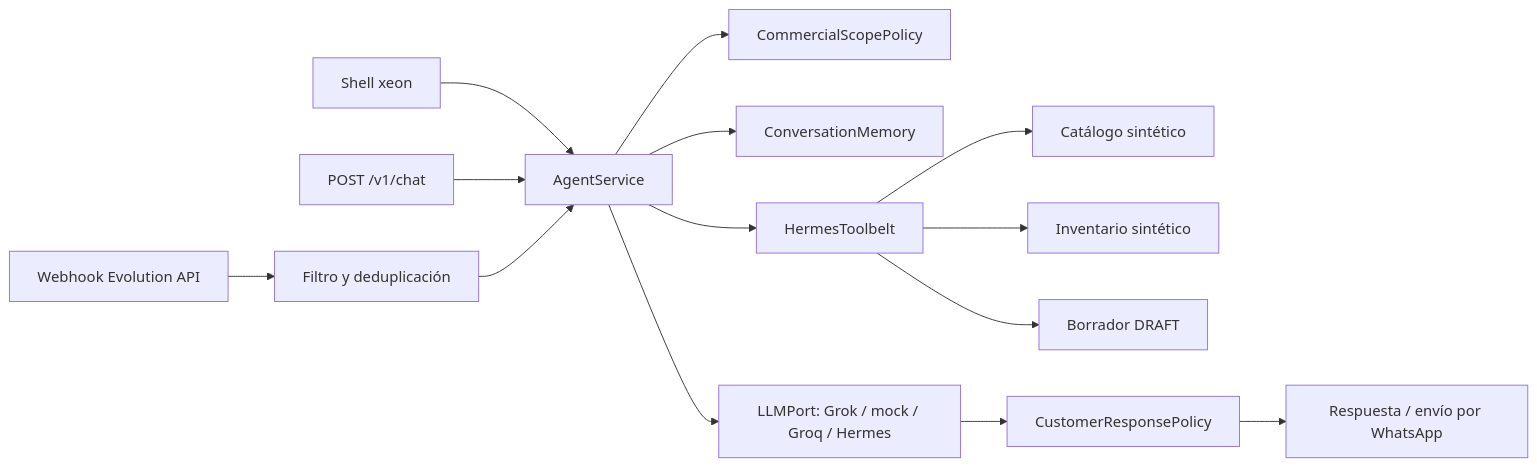
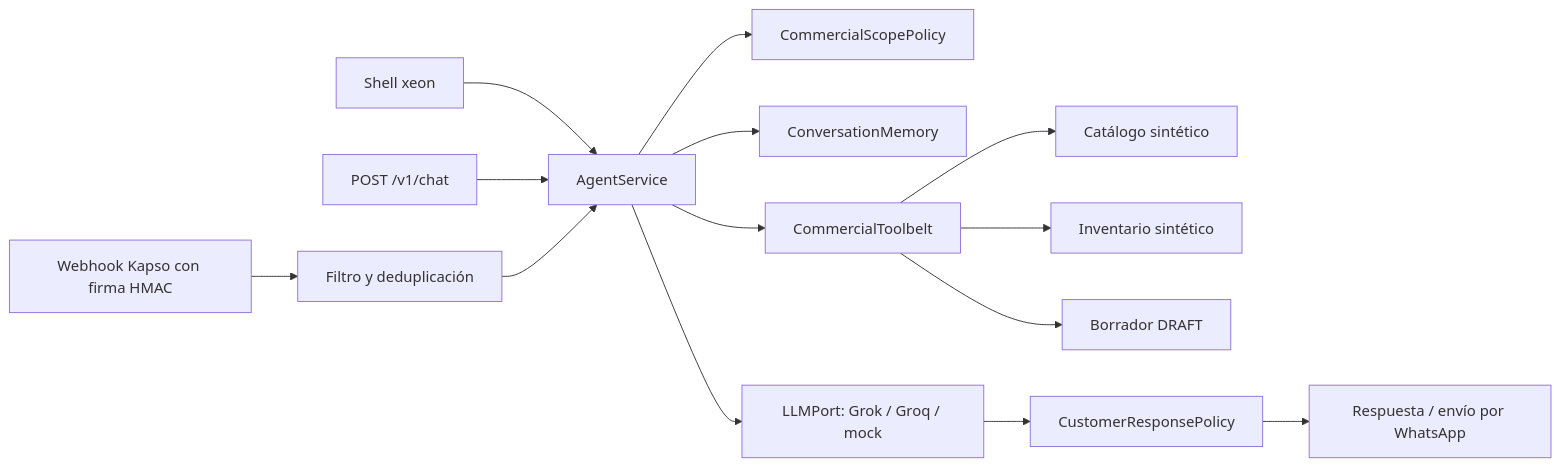
Before and after one commit to TuMinipeka/Xeon-agente-cotizaciones: the diagram in README.md, drawn with Mermaid. The commit also changed other lines of this file and 7 other files, not shown here.

Commit message:
Docs: :memo: AlignDocsWithKapsoGrokStack

````diff
--- a/README.md
+++ b/README.md
@@ -112,15 +112,15 @@
 ```mermaid
 flowchart LR
     U[Shell xeon] --> S
     C[POST /v1/chat] --> S
-    W[Webhook Evolution API] --> F[Filtro y deduplicación] --> S
+    W[Webhook Kapso con firma HMAC] --> F[Filtro y deduplicación] --> S
     S[AgentService] --> P[CommercialScopePolicy]
     S --> M[ConversationMemory]
-    S --> T[HermesToolbelt]
+    S --> T[CommercialToolbelt]
     T --> K[Catálogo sintético]
     T --> I[Inventario sintético]
     T --> Q[Borrador DRAFT]
-    S --> L[LLMPort: Grok / mock / Groq / Hermes]
+    S --> L[LLMPort: Grok / Groq / mock]
     L --> R[CustomerResponsePolicy]
     R --> O[Respuesta / envío por WhatsApp]
 ```
````
